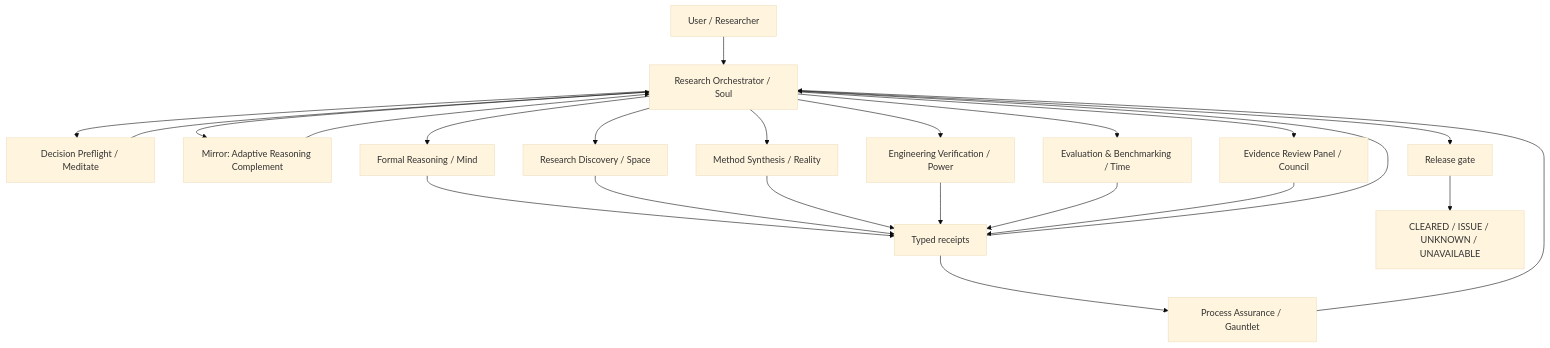
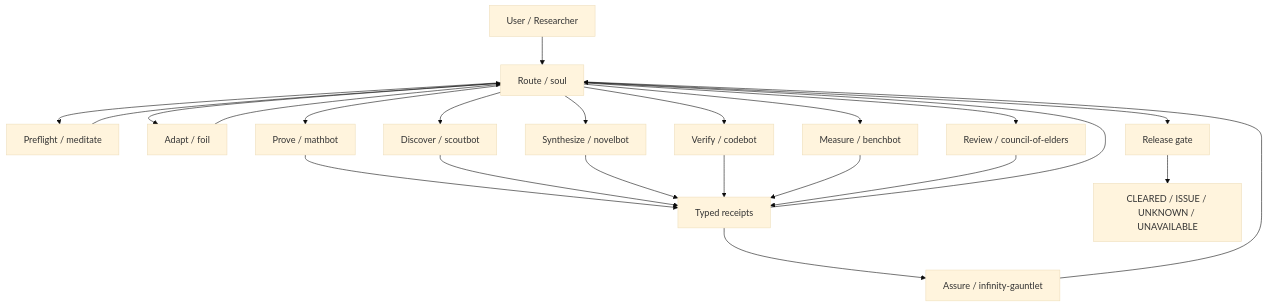
The diagram in docs/ARCHITECTURE.md (Kitahl/The-Gauntlet), drawn with Mermaid (base theme) before and after one commit. The commit also changed other lines of this file, not shown here.

Commit message:
Reframe canonical architecture around Instrument 01

````diff
--- a/docs/ARCHITECTURE.md
+++ b/docs/ARCHITECTURE.md
@@ -7,26 +9,26 @@
 ```mermaid
 flowchart TD
-    U[User / Researcher] --> O[Research Orchestrator / Soul]
-    O --> Q[Decision Preflight / Meditate]
-    O --> A[Mirror: Adaptive Reasoning Complement]
-    O --> F[Formal Reasoning / Mind]
-    O --> D[Research Discovery / Space]
-    O --> S[Method Synthesis / Reality]
-    O --> E[Engineering Verification / Power]
-    O --> B[Evaluation & Benchmarking / Time]
-    O --> R[Evidence Review Panel / Council]
+    U[User / Researcher] --> O[Route / soul]
+    O --> Q[Preflight / meditate]
+    O --> A[Adapt / foil]
+    O --> F[Prove / mathbot]
+    O --> D[Discover / scoutbot]
+    O --> S[Synthesize / novelbot]
+    O --> E[Verify / codebot]
+    O --> B[Measure / benchbot]
+    O --> R[Review / council-of-elders]
 
     Q --> O
     A --> O
     F --> X[Typed receipts]
     D --> X
     S --> X
     E --> X
     B --> X
     R --> X
-    X --> P[Process Assurance / Gauntlet]
+    X --> P[Assure / infinity-gauntlet]
     P --> O
     X --> O
     O --> G[Release gate]
     G --> Z[CLEARED / ISSUE / UNKNOWN / UNAVAILABLE]
 ```
````
